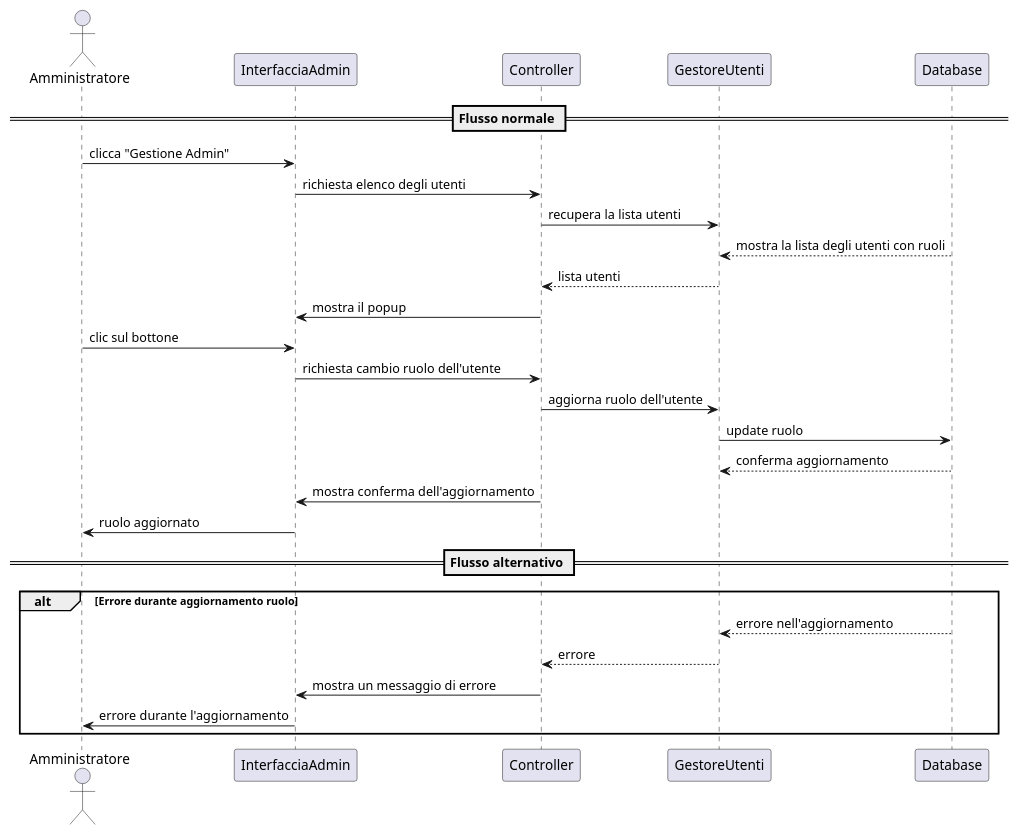
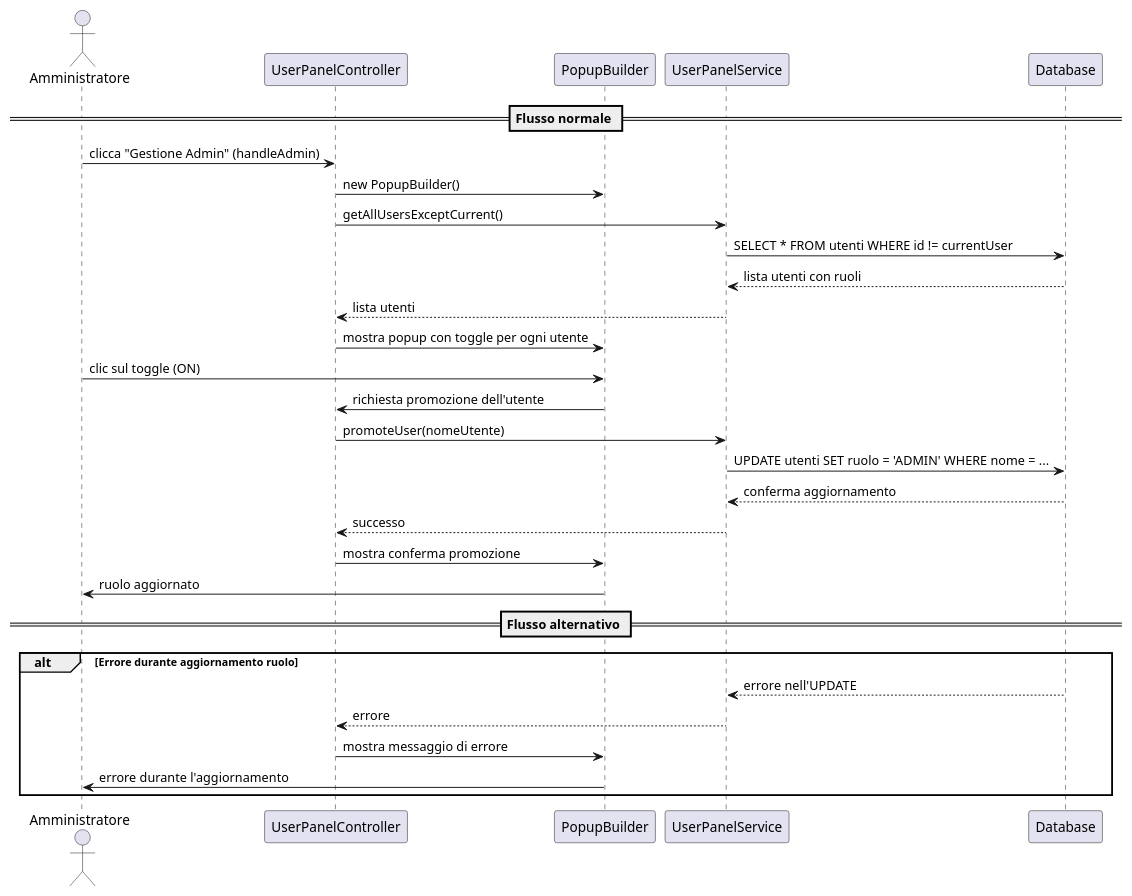
The diagram in docs/Diagrammi di Sequenza/administrator.puml (Bg735/Wordageddon-Gruppo_16), drawn with PlantUML before and after one commit. The commit also changed 3 other files, not shown here.

Commit message:
update diagrammi di sequenza

```diff
--- a/docs/Diagrammi di Sequenza/administrator.puml
+++ b/docs/Diagrammi di Sequenza/administrator.puml
@@ -1,31 +1,33 @@
 @startuml
 actor Amministratore
-participant "InterfacciaAdmin" as UI
-participant "Controller" as Controller
-participant "GestoreUtenti" as Gestore
+participant "UserPanelController" as Controller
+participant "PopupBuilder" as UI
+participant "UserPanelService" as Gestore
 participant "Database" as DB
 
 == Flusso normale ==
-Amministratore -> UI : clicca "Gestione Admin"
-UI -> Controller : richiesta elenco degli utenti
-Controller -> Gestore : recupera la lista utenti
-DB --> Gestore : mostra la lista degli utenti con ruoli
+Amministratore -> Controller : clicca "Gestione Admin" (handleAdmin)
+Controller -> UI : new PopupBuilder()
+Controller -> Gestore : getAllUsersExceptCurrent()
+Gestore -> DB : SELECT * FROM utenti WHERE id != currentUser
+DB --> Gestore : lista utenti con ruoli
 Gestore --> Controller : lista utenti
-Controller -> UI : mostra il popup
+Controller -> UI : mostra popup con toggle per ogni utente
 
-Amministratore -> UI : clic sul bottone
-UI -> Controller : richiesta cambio ruolo dell'utente
-Controller -> Gestore : aggiorna ruolo dell'utente
-Gestore -> DB : update ruolo
+Amministratore -> UI : clic sul toggle (ON)
+UI -> Controller : richiesta promozione dell'utente
+Controller -> Gestore : promoteUser(nomeUtente)
+Gestore -> DB : UPDATE utenti SET ruolo = 'ADMIN' WHERE nome = ...
 DB --> Gestore : conferma aggiornamento
-Controller -> UI : mostra conferma dell'aggiornamento
+Gestore --> Controller : successo
+Controller -> UI : mostra conferma promozione
 UI -> Amministratore : ruolo aggiornato
 
 == Flusso alternativo ==
 alt Errore durante aggiornamento ruolo
-    DB --> Gestore : errore nell'aggiornamento
+    DB --> Gestore : errore nell'UPDATE
     Gestore --> Controller : errore
-    Controller -> UI : mostra un messaggio di errore
+    Controller -> UI : mostra messaggio di errore
     UI -> Amministratore : errore durante l'aggiornamento
 end
 @enduml
```
